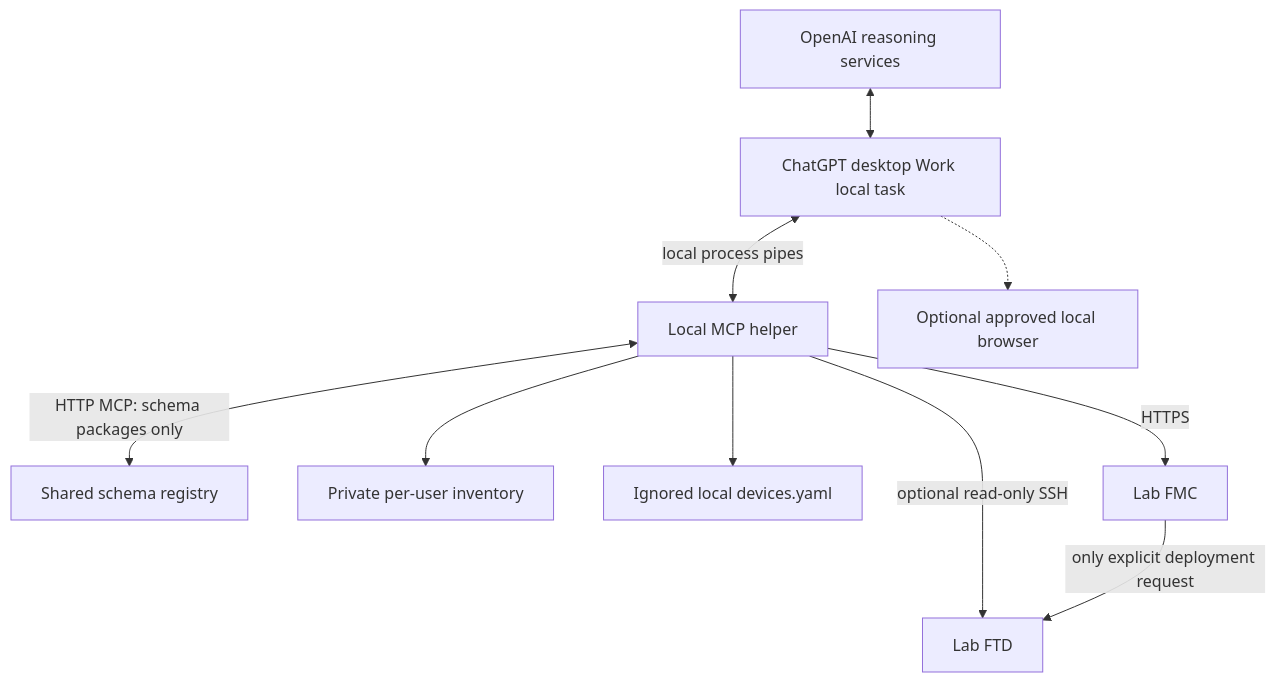
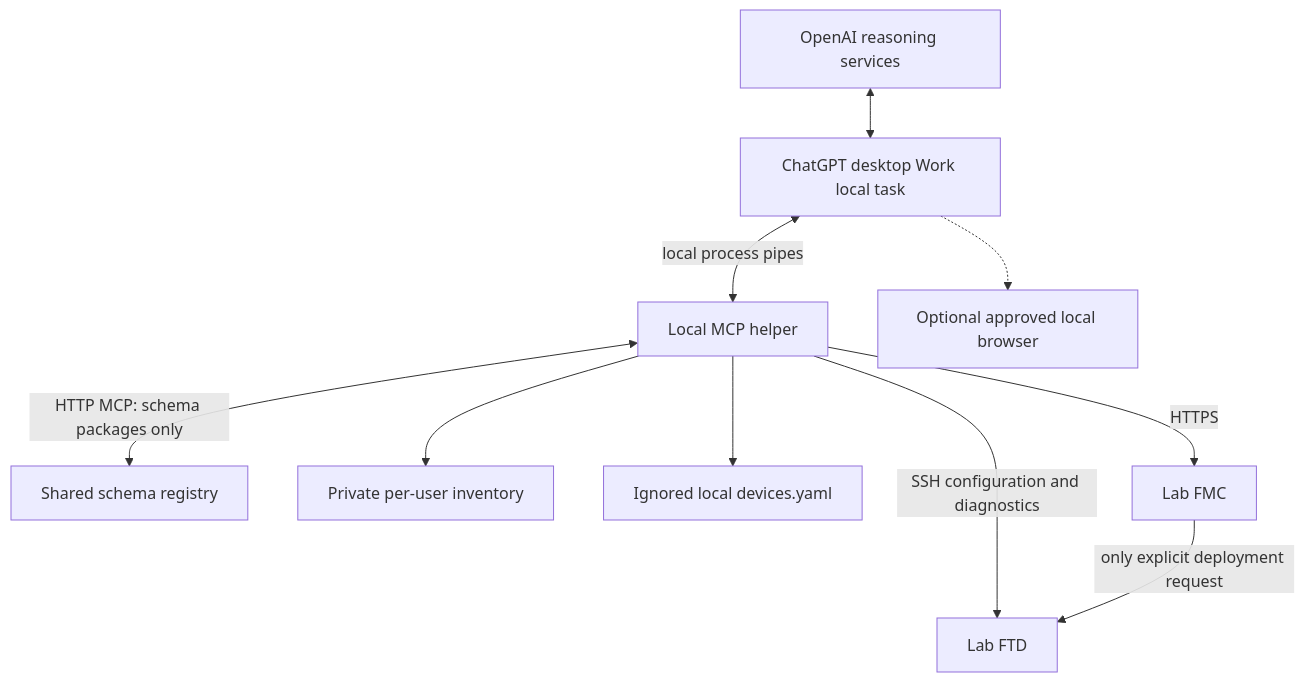
Before and after one commit to ashlin10/secure-firewall-assistant: the diagram in docs/ARCHITECTURE.md, drawn with Mermaid. The commit also changed other lines of this file and 16 other files, not shown here.

Commit message:
Allow authorized FTD configuration over SSH

````diff
--- a/docs/ARCHITECTURE.md
+++ b/docs/ARCHITECTURE.md
@@ -15,12 +15,12 @@
 ```mermaid
 flowchart TD
   OpenAI[OpenAI reasoning services] <--> Work[ChatGPT desktop Work local task]
   Work <-->|local process pipes| Helper[Local MCP helper]
   Helper <-->|HTTP MCP: schema packages only| Registry[Shared schema registry]
   Helper --> Inventory[Private per-user inventory]
   Helper --> CredentialFile[Ignored local devices.yaml]
   Helper -->|HTTPS| FMC[Lab FMC]
-  Helper -->|optional read-only SSH| FTD[Lab FTD]
+  Helper -->|SSH configuration and diagnostics| FTD[Lab FTD]
   FMC -->|only explicit deployment request| FTD
   Work -.-> Browser[Optional approved local browser]
 ```
````
